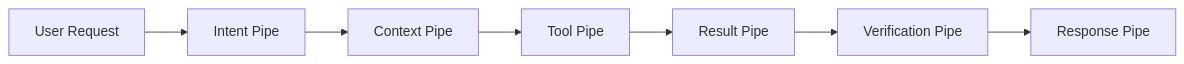
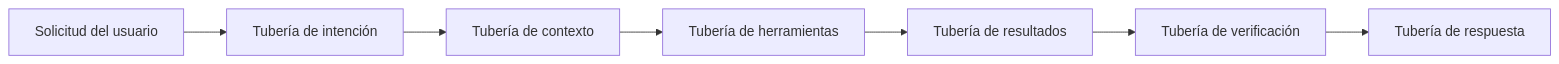
Before and after one commit to christiandejesus320-droid/Sandbox: the third of 10 diagrams in docs/guia-conceptual-meridian.md, drawn with Mermaid. The commit also changed other lines of this file, not shown here.

````diff
--- a/docs/guia-conceptual-meridian.md
+++ b/docs/guia-conceptual-meridian.md
@@ -96,9 +96,9 @@
 ```mermaid
 flowchart LR
-    A["User Request"] --> B["Intent Pipe"]
-    B --> C["Context Pipe"]
-    C --> D["Tool Pipe"]
-    D --> E["Result Pipe"]
-    E --> F["Verification Pipe"]
-    F --> G["Response Pipe"]
+    A["Solicitud del usuario"] --> B["Tubería de intención"]
+    B --> C["Tubería de contexto"]
+    C --> D["Tubería de herramientas"]
+    D --> E["Tubería de resultados"]
+    E --> F["Tubería de verificación"]
+    F --> G["Tubería de respuesta"]
 ```
````
